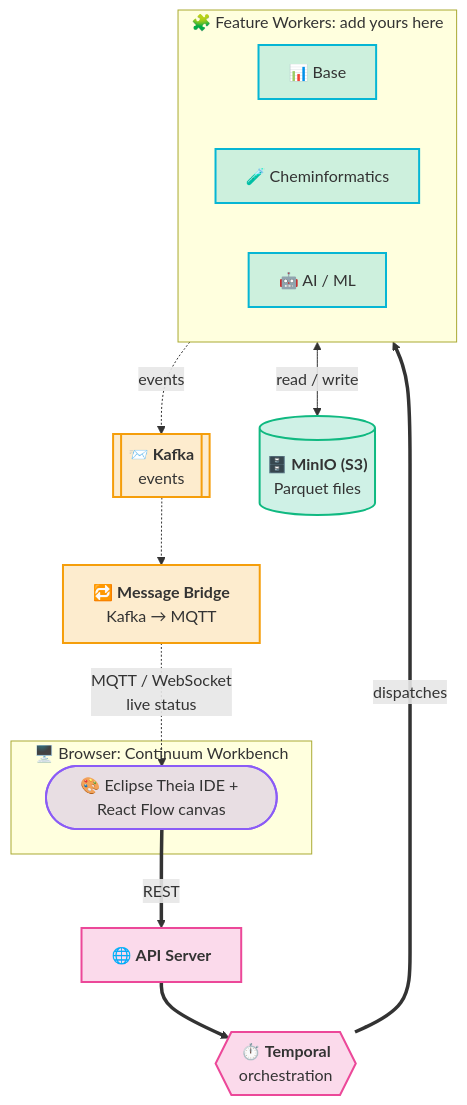
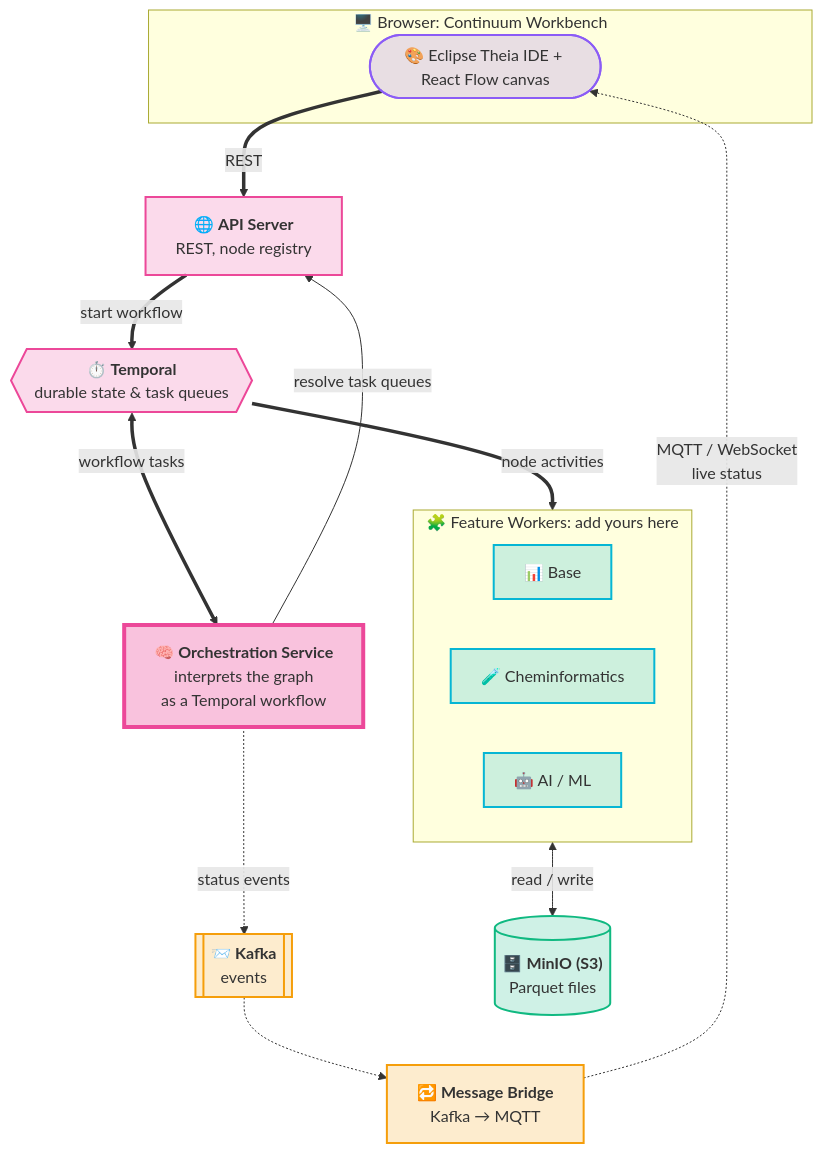
One commit to projectcontinuum-org/continuum-docs changed the first of 2 diagrams in docs/architecture/overview.md. Above: the diagram before and after it, drawn with Mermaid. The commit also changed other lines of this file and 24 other files, not shown here.

First line of the commit message:
CONTNM-139: Add docs for Gradle plugin and Orchestration Service (#8)

````diff
--- a/docs/architecture/overview.md
+++ b/docs/architecture/overview.md
@@ -10,40 +10,45 @@
 ```mermaid
 flowchart TB
   subgraph Browser["🖥️ Browser: Continuum Workbench"]
     UI(["🎨 Eclipse Theia IDE + React Flow canvas"])
   end
 
-  API["🌐 <b>API Server</b>"]
-  Temporal{{"⏱️ <b>Temporal</b><br/>orchestration"}}
+  API["🌐 <b>API Server</b><br/>REST, node registry"]
+  Temporal{{"⏱️ <b>Temporal</b><br/>durable state & task queues"}}
+  Orch["🧠 <b>Orchestration Service</b><br/>interprets the graph<br/>as a Temporal workflow"]
   Bridge["🔁 <b>Message Bridge</b><br/>Kafka → MQTT"]
   Kafka[["📨 <b>Kafka</b><br/>events"]]
 
   subgraph Workers["🧩 Feature Workers: add yours here"]
     direction LR
     Base["📊 Base"]
     Chem["🧪 Cheminformatics"]
     AI["🤖 AI / ML"]
   end
 
   MinIO[("🗄️ <b>MinIO (S3)</b><br/>Parquet files")]
 
   UI ==>|"REST"| API
   Bridge -.->|"MQTT / WebSocket<br/>live status"| UI
-  API ==> Temporal
-  Temporal ==>|"dispatches"| Workers
-  Workers -.->|"events"| Kafka
+  API ==>|"start workflow"| Temporal
+  Temporal <==>|"workflow tasks"| Orch
+  Orch -->|"resolve task queues"| API
+  Temporal ==>|"node activities"| Workers
+  Orch -.->|"status events"| Kafka
   Kafka -.-> Bridge
   Workers <-->|"read / write"| MinIO
 
   classDef ui fill:#8b5cf633,stroke:#8b5cf6,stroke-width:2px
   classDef core fill:#ec489933,stroke:#ec4899,stroke-width:2px
   classDef stream fill:#f59e0b33,stroke:#f59e0b,stroke-width:2px
   classDef worker fill:#06b6d433,stroke:#06b6d4,stroke-width:2px
   classDef store fill:#10b98133,stroke:#10b981,stroke-width:2px
   classDef hero fill:#06b6d433,stroke:#06b6d4,stroke-width:4px,stroke-dasharray:6 3
+  classDef orch fill:#ec489955,stroke:#ec4899,stroke-width:4px
   class UI ui
   class API,Temporal core
+  class Orch orch
   class Kafka,Bridge stream
   class Base,Chem,AI worker
   class MinIO store
 ```
````
